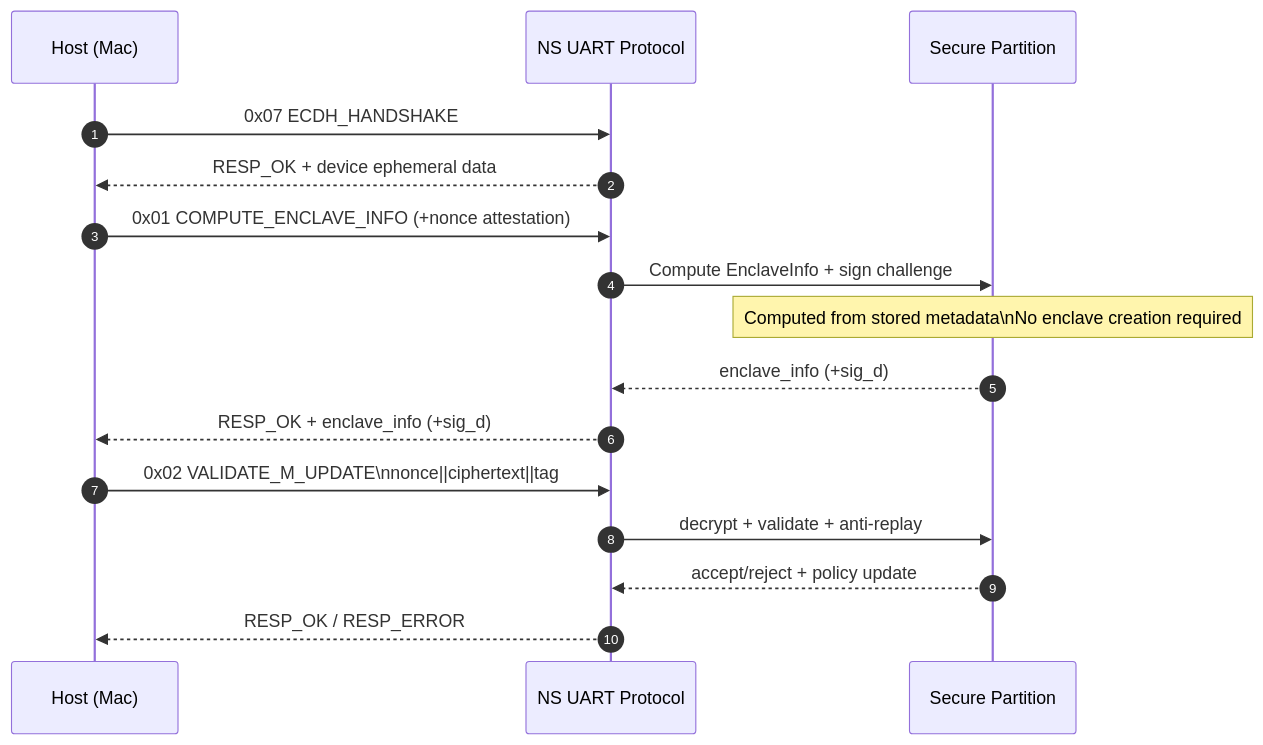
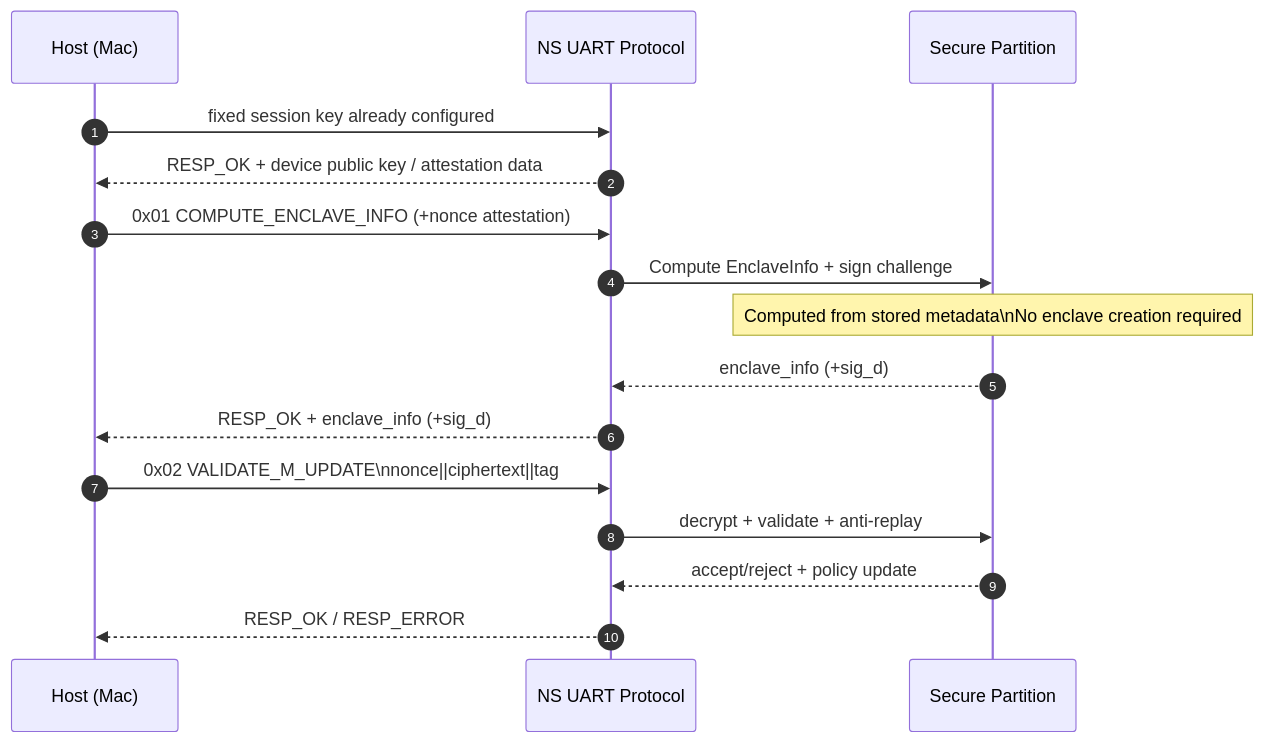
One commit to kiri-style/VeCoDI changed the second of 5 diagrams in md/PROTOCOL_DETAILED_ARCHITECTURE.md. Above: the diagram before and after it, drawn with Mermaid. The commit also changed other lines of this file and 16 other files, not shown here.

Commit message:
Remove ECDH handshake flow

````diff
--- a/md/PROTOCOL_DETAILED_ARCHITECTURE.md
+++ b/md/PROTOCOL_DETAILED_ARCHITECTURE.md
@@ -83,21 +83,21 @@
 ```mermaid
 sequenceDiagram
     autonumber
     participant H as Host (Mac)
     participant N as NS UART Protocol
     participant S as Secure Partition
 
-    H->>N: 0x07 ECDH_HANDSHAKE
-    N-->>H: RESP_OK + device ephemeral data
+    H->>N: fixed session key already configured
+    N-->>H: RESP_OK + device public key / attestation data
 
     H->>N: 0x01 COMPUTE_ENCLAVE_INFO (+nonce attestation)
     N->>S: Compute EnclaveInfo + sign challenge
     Note over S: Computed from stored metadata\nNo enclave creation required
     S-->>N: enclave_info (+sig_d)
     N-->>H: RESP_OK + enclave_info (+sig_d)
 
     H->>N: 0x02 VALIDATE_M_UPDATE\nnonce||ciphertext||tag
     N->>S: decrypt + validate + anti-replay
     S-->>N: accept/reject + policy update
     N-->>H: RESP_OK / RESP_ERROR
 ```
````
